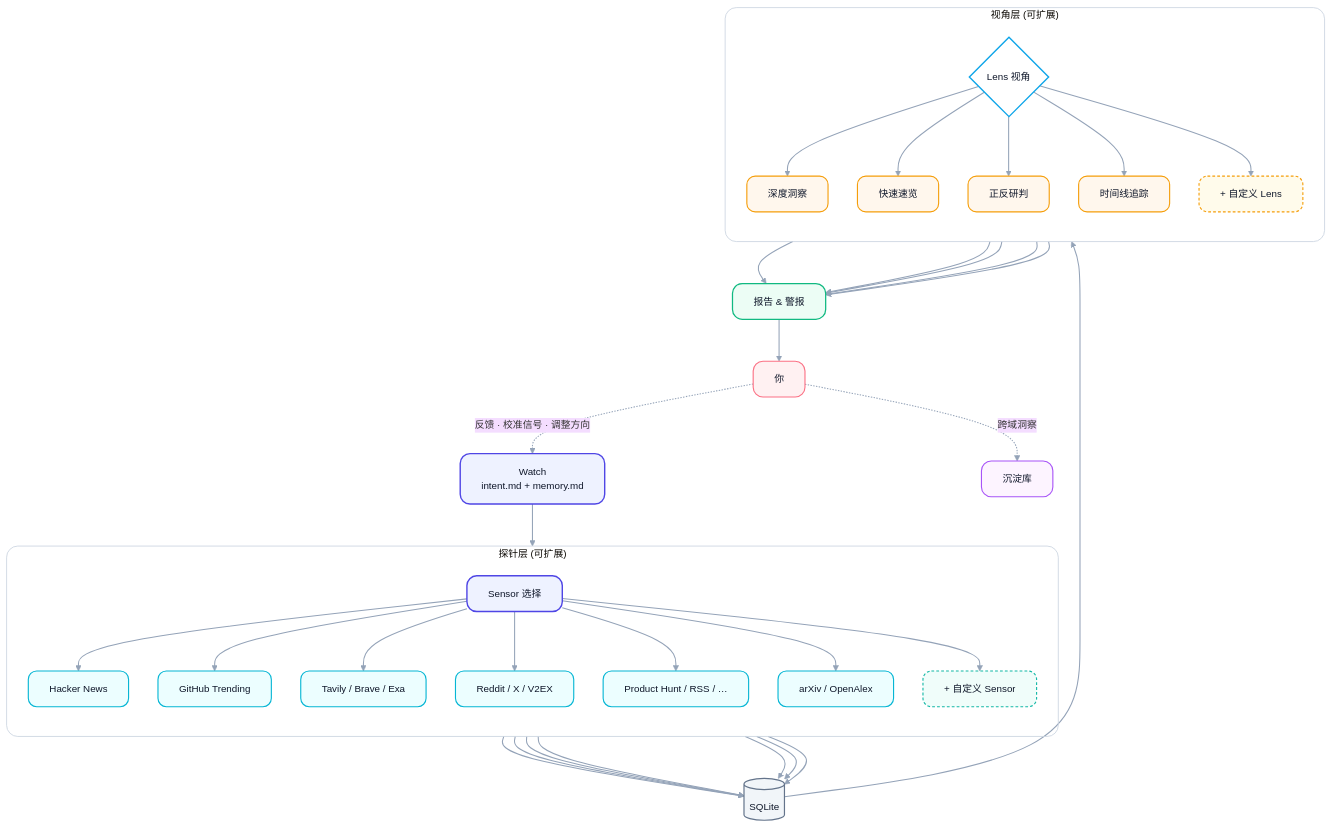
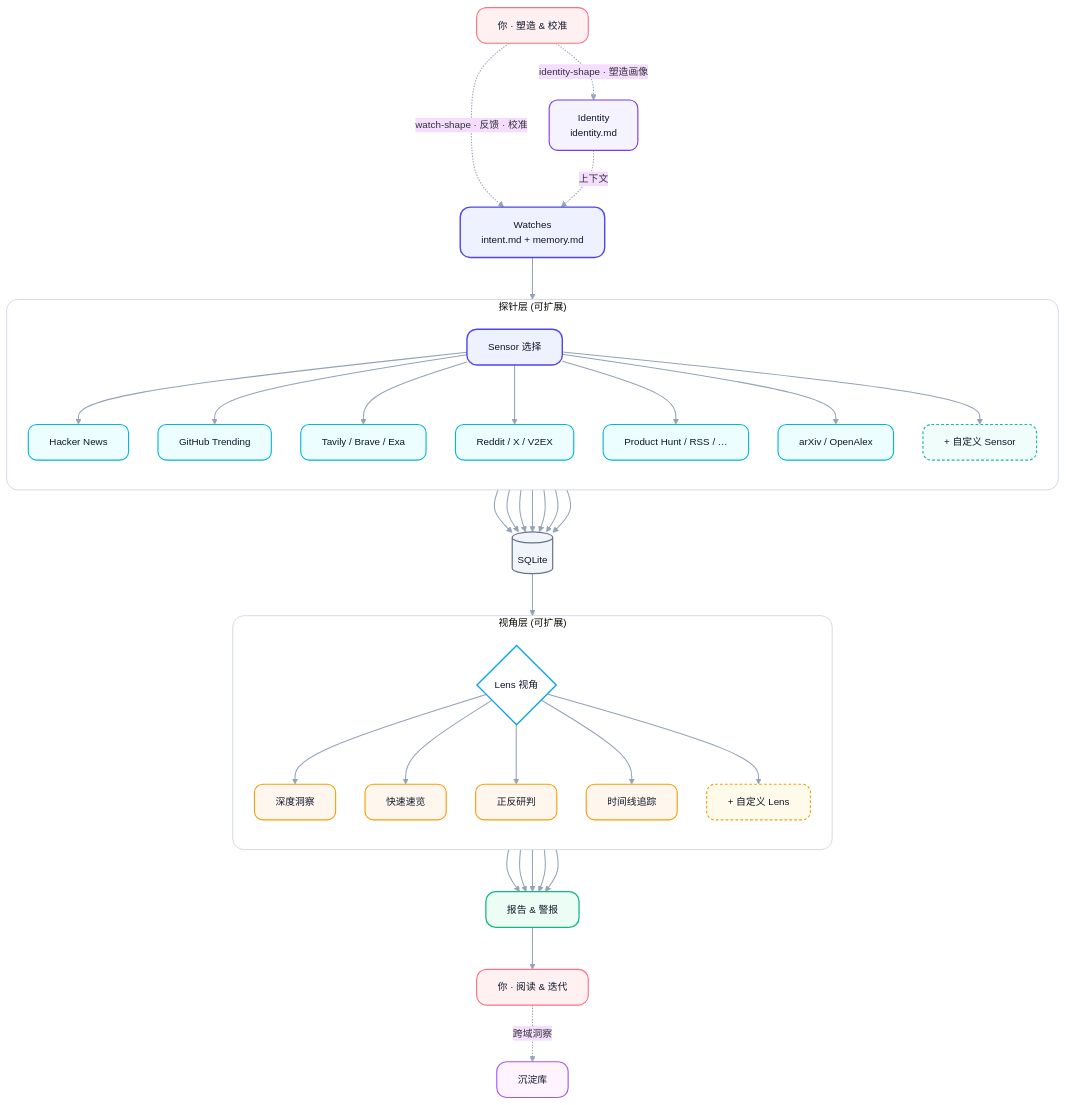
The diagram in README.zh-CN.md (zhiyuzi/Signex), drawn with Mermaid before and after one commit. The commit also changed other lines of this file and 9 other files, not shown here.

First line of the commit message:
feat(v6): add identity-shape & watch-shape skills (认知切面塑造能力)

````diff
--- a/README.zh-CN.md
+++ b/README.zh-CN.md
@@ -52,62 +52,67 @@
 ```mermaid
 %%{init: {
   "theme": "base",
   "flowchart": { "curve": "basis", "nodeSpacing": 42, "rankSpacing": 60 },
   "themeVariables": {
     "background": "transparent",
     "mainBkg": "transparent",
     "fontFamily": "ui-sans-serif, system-ui, -apple-system, Segoe UI, Roboto, Helvetica, Arial",
     "fontSize": "14px",
     "lineColor": "#94A3B8",
     "textColor": "#0F172A"
   }
 }}%%
 
 flowchart TB
-  W["Watch<br/>intent.md + memory.md"]:::core --> S["Sensor 选择"]:::core
+  UA["你 · 塑造 & 校准"]:::actor
+  UA -. "watch-shape · 反馈 · 校准" .-> W
+  UA -. "identity-shape · 塑造画像" .-> ID
+
+  ID["Identity<br/>identity.md"]:::identity -. "上下文" .-> W
+
+  W["Watches<br/>intent.md + memory.md"]:::core --> S["Sensor 选择"]:::core
 
   subgraph Sensors["探针层 (可扩展)"]
     direction TB
     S --> S1["Hacker News"]:::sensor
     S --> S2["GitHub Trending"]:::sensor
     S --> S3["Tavily / Brave / Exa"]:::sensor
     S --> S4["Reddit / X / V2EX"]:::sensor
     S --> S5["Product Hunt / RSS / …"]:::sensor
     S --> S6["arXiv / OpenAlex"]:::sensor
     S --> S7["+ 自定义 Sensor"]:::sensorAlt
   end
 
   S1 & S2 & S3 & S4 & S5 & S6 & S7 --> DB[("SQLite")]:::store
   DB --> L{"Lens 视角"}:::decision
 
   subgraph Lenses["视角层 (可扩展)"]
     direction TB
     L --> L1["深度洞察"]:::lens
     L --> L2["快速速览"]:::lens
     L --> L3["正反研判"]:::lens
     L --> L4["时间线追踪"]:::lens
     L --> L5["+ 自定义 Lens"]:::lensAlt
   end
 
   L1 & L2 & L3 & L4 & L5 --> R["报告 & 警报"]:::out
-  R --> U["你"]:::actor
-
-  U -. "反馈 · 校准信号 · 调整方向" .-> W
-  U -. "跨域洞察" .-> V["沉淀库"]:::vault
+  R --> UB["你 · 阅读 & 迭代"]:::actor
+  UB -. "跨域洞察" .-> V["沉淀库"]:::vault
 
   classDef core      fill:#EEF2FF,stroke:#4F46E5,stroke-width:2px,color:#0F172A,rx:14,ry:14
+  classDef identity  fill:#F5F3FF,stroke:#7C3AED,stroke-width:1.6px,color:#0F172A,rx:12,ry:12
   classDef sensor    fill:#ECFEFF,stroke:#06B6D4,stroke-width:1.6px,color:#0F172A,rx:12,ry:12
   classDef sensorAlt fill:#F0FDFA,stroke:#14B8A6,stroke-width:1.6px,color:#0F172A,stroke-dasharray:4 3,rx:12,ry:12
   classDef store     fill:#F1F5F9,stroke:#64748B,stroke-width:1.7px,color:#0F172A,rx:14,ry:14
   classDef decision  fill:#FFFFFF,stroke:#0EA5E9,stroke-width:2px,color:#0F172A,rx:18,ry:18
   classDef lens      fill:#FFF7ED,stroke:#F59E0B,stroke-width:1.6px,color:#0F172A,rx:12,ry:12
   classDef lensAlt   fill:#FFFBEB,stroke:#F59E0B,stroke-width:1.6px,color:#0F172A,stroke-dasharray:4 3,rx:12,ry:12
   classDef out       fill:#ECFDF5,stroke:#10B981,stroke-width:1.8px,color:#0F172A,rx:14,ry:14
   classDef vault     fill:#FDF4FF,stroke:#A855F7,stroke-width:1.6px,color:#0F172A,rx:14,ry:14
   classDef actor     fill:#FFF1F2,stroke:#FB7185,stroke-width:1.6px,color:#0F172A,rx:14,ry:14
 
   style Sensors fill:transparent,stroke:#CBD5E1,stroke-width:1.2px,rx:16,ry:16
   style Lenses  fill:transparent,stroke:#CBD5E1,stroke-width:1.2px,rx:16,ry:16
 
   linkStyle default stroke:#94A3B8,stroke-width:1.5px
 ```
````
